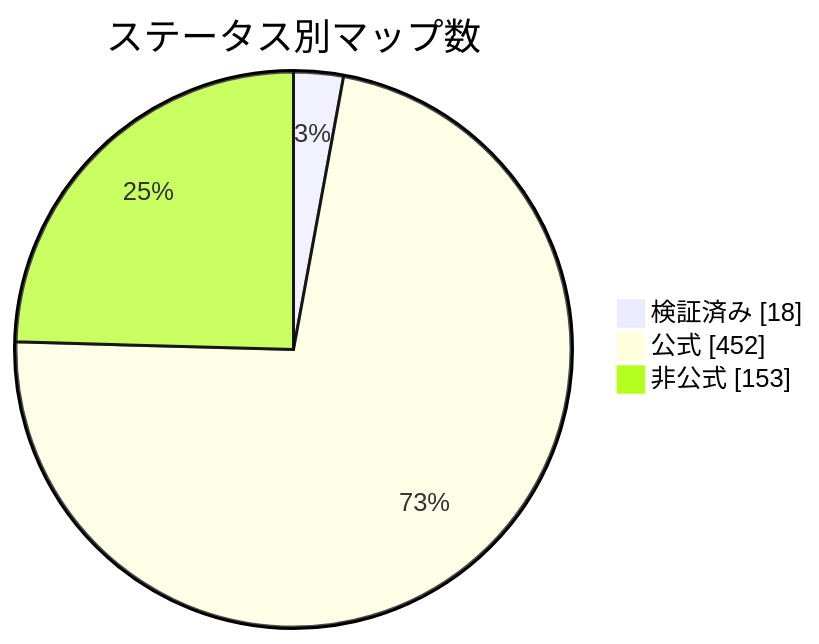
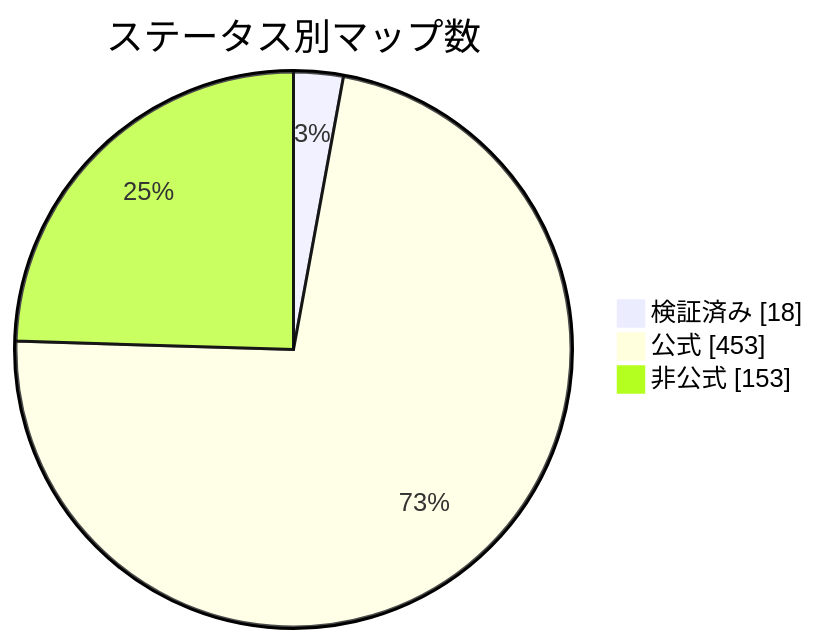
One commit to nobrega8/mbmap-library changed the diagram in docs/readme/README_JP.md. Above: the diagram before and after it, drawn with Mermaid. The commit also changed 6 other files, not shown here.

````diff
--- a/docs/readme/README_JP.md
+++ b/docs/readme/README_JP.md
@@ -54,7 +54,7 @@
 ```mermaid
 pie showData
     title ステータス別マップ数
     "検証済み" : 18
-    "公式" : 452
+    "公式" : 453
     "非公式" : 153
 ```
````
